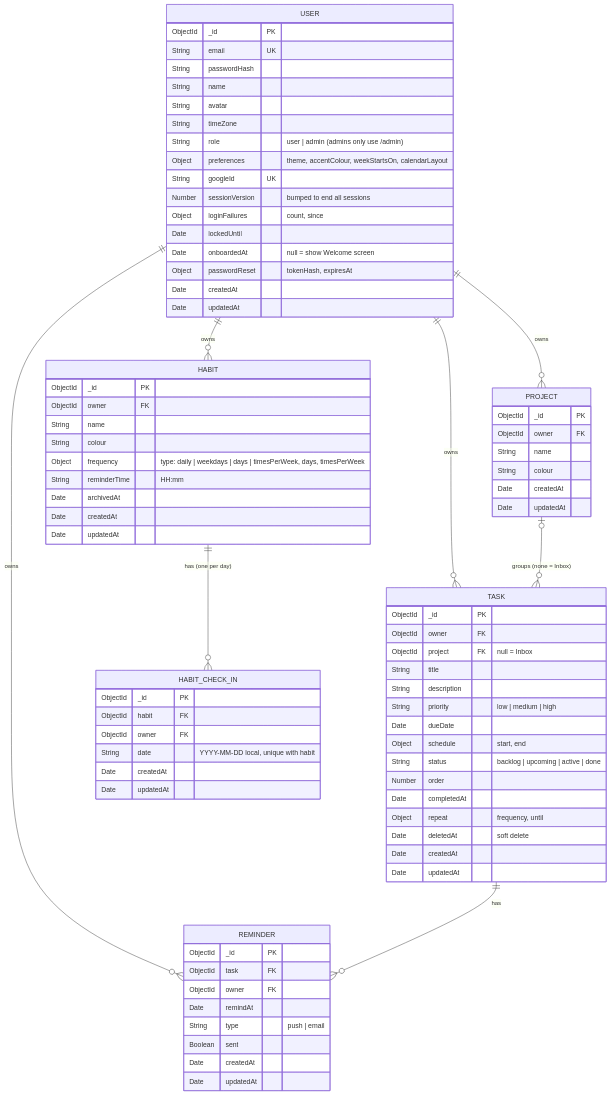
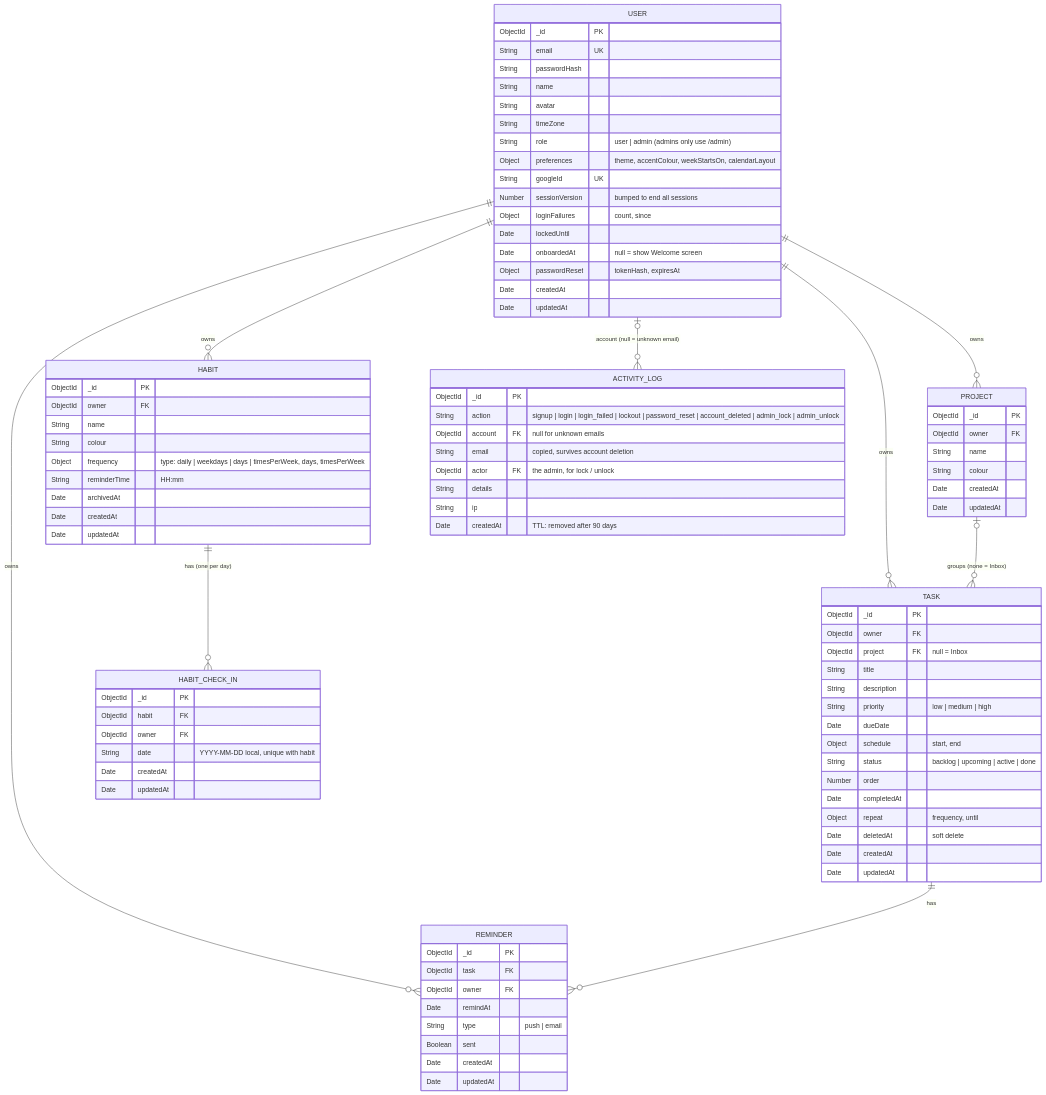
Before and after one commit to khang-ngo4444/VCD_Agendal: the diagram in docs/erd.mmd, drawn with Mermaid. The commit also changed 15 other files, not shown here.

First line of the commit message:
Record security events in an activity log for admins

```diff
--- a/docs/erd.mmd
+++ b/docs/erd.mmd
@@ -1,83 +1,94 @@
 %% Source for docs/erd.png. Re-render after editing:
 %% npx -y @mermaid-js/mermaid-cli -i docs/erd.mmd -o docs/erd.png -b white -s 2
 erDiagram
     USER ||--o{ PROJECT : owns
     USER ||--o{ TASK : owns
     USER ||--o{ REMINDER : owns
     PROJECT |o--o{ TASK : "groups (none = Inbox)"
     TASK ||--o{ REMINDER : has
     USER ||--o{ HABIT : owns
     HABIT ||--o{ HABIT_CHECK_IN : "has (one per day)"
+    USER |o--o{ ACTIVITY_LOG : "account (null = unknown email)"
 
     USER {
         ObjectId _id PK
         String email UK
         String passwordHash
         String name
         String avatar
         String timeZone
         String role "user | admin (admins only use /admin)"
         Object preferences "theme, accentColour, weekStartsOn, calendarLayout"
         String googleId UK
         Number sessionVersion "bumped to end all sessions"
         Object loginFailures "count, since"
         Date lockedUntil
         Date onboardedAt "null = show Welcome screen"
         Object passwordReset "tokenHash, expiresAt"
         Date createdAt
         Date updatedAt
     }
     PROJECT {
         ObjectId _id PK
         ObjectId owner FK
         String name
         String colour
         Date createdAt
         Date updatedAt
     }
     TASK {
         ObjectId _id PK
         ObjectId owner FK
         ObjectId project FK "null = Inbox"
         String title
         String description
         String priority "low | medium | high"
         Date dueDate
         Object schedule "start, end"
         String status "backlog | upcoming | active | done"
         Number order
         Date completedAt
         Object repeat "frequency, until"
         Date deletedAt "soft delete"
         Date createdAt
         Date updatedAt
     }
     REMINDER {
         ObjectId _id PK
         ObjectId task FK
         ObjectId owner FK
         Date remindAt
         String type "push | email"
         Boolean sent
         Date createdAt
         Date updatedAt
     }
     HABIT {
         ObjectId _id PK
         ObjectId owner FK
         String name
         String colour
         Object frequency "type: daily | weekdays | days | timesPerWeek, days, timesPerWeek"
         String reminderTime "HH:mm"
         Date archivedAt
         Date createdAt
         Date updatedAt
     }
     HABIT_CHECK_IN {
         ObjectId _id PK
         ObjectId habit FK
         ObjectId owner FK
         String date "YYYY-MM-DD local, unique with habit"
         Date createdAt
         Date updatedAt
     }
+    ACTIVITY_LOG {
+        ObjectId _id PK
+        String action "signup | login | login_failed | lockout | password_reset | account_deleted | admin_lock | admin_unlock"
+        ObjectId account FK "null for unknown emails"
+        String email "copied, survives account deletion"
+        ObjectId actor FK "the admin, for lock / unlock"
+        String details
+        String ip
+        Date createdAt "TTL: removed after 90 days"
+    }
```
